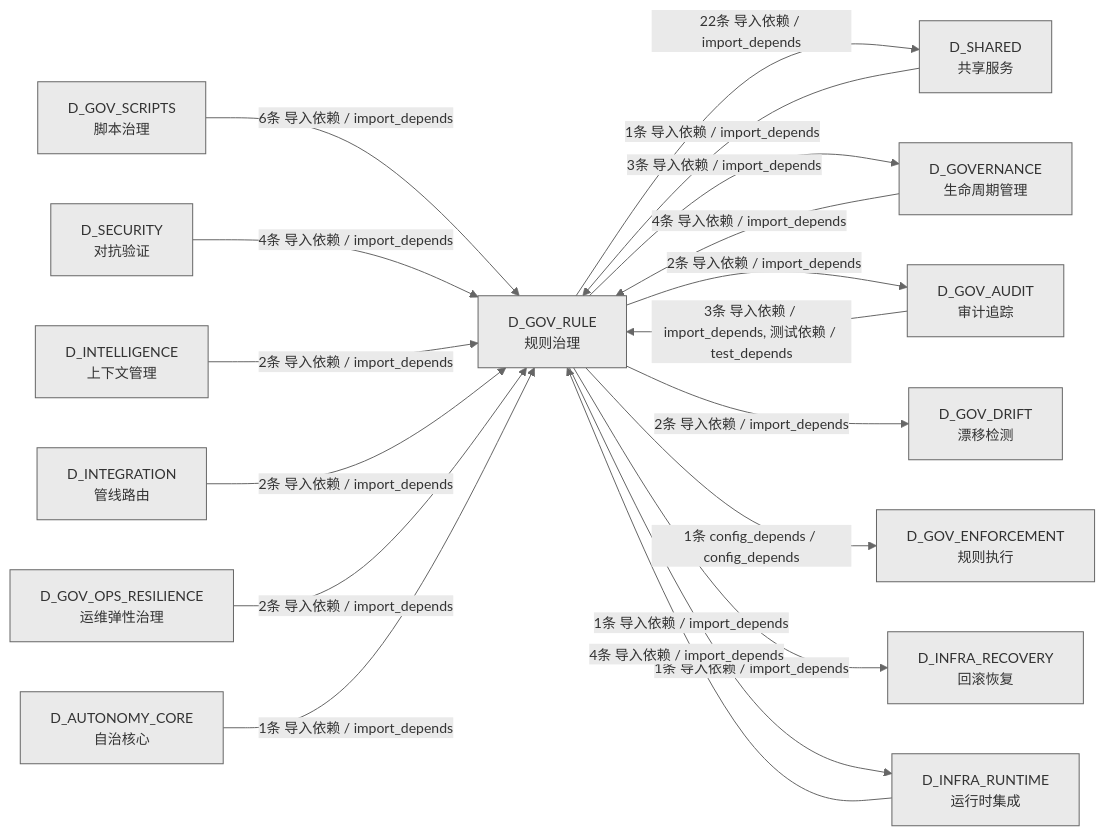
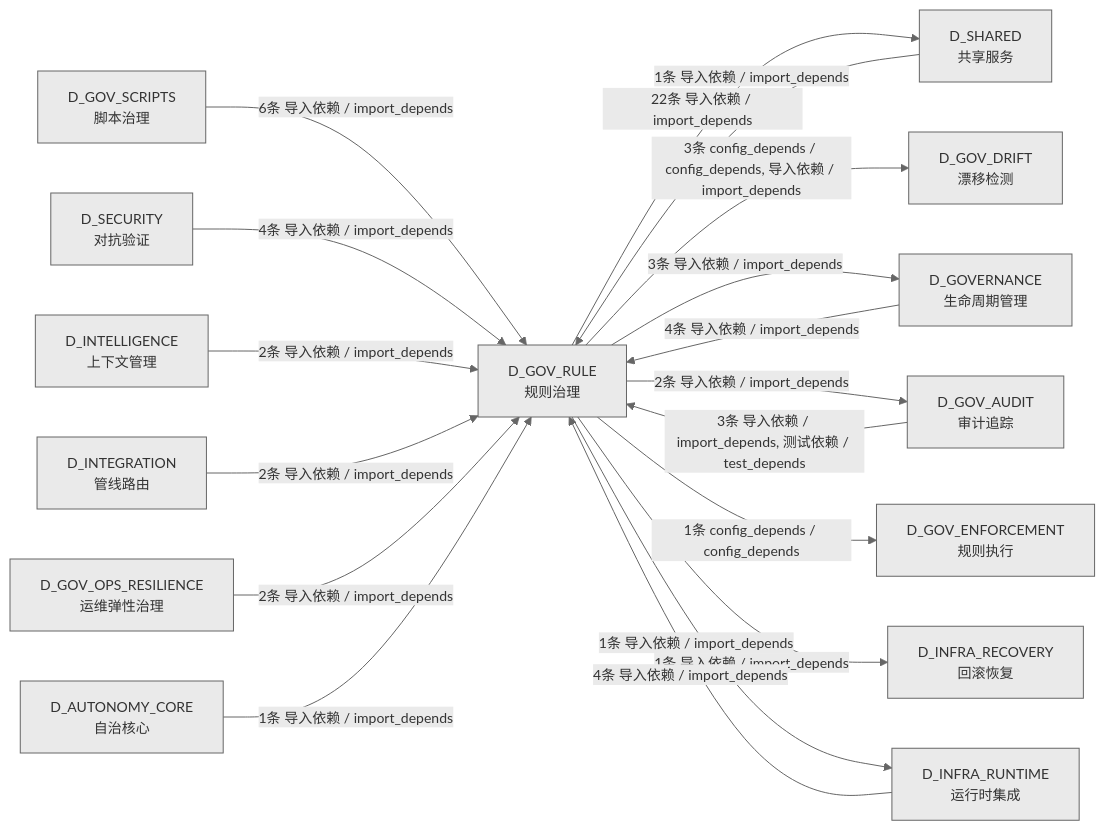
The fourth of 4 diagrams in docs/02_enterprise_architecture/02_domain_architecture_docs/55_d_gov_rule.md (xuanFelixVan/ZephyrAlpha), drawn with Mermaid before and after one commit. The commit also changed other lines of this file and 37 other files, not shown here.

````diff
--- a/docs/02_enterprise_architecture/02_domain_architecture_docs/55_d_gov_rule.md
+++ b/docs/02_enterprise_architecture/02_domain_architecture_docs/55_d_gov_rule.md
@@ -478,35 +477,35 @@
 ```mermaid
 %%{init: {'theme': 'base', 'themeVariables': {'primaryColor': '#eaeaea', 'primaryTextColor': '#333333', 'primaryBorderColor': '#666666', 'lineColor': '#666666', 'secondaryColor': '#eaeaea', 'tertiaryColor': '#eaeaea', 'fontSize': '14px'}}}%%
 graph LR
     D_GOV_RULE["D_GOV_RULE<br/>规则治理"]
     D_SHARED["D_SHARED<br/>共享服务"]
+    D_GOV_DRIFT["D_GOV_DRIFT<br/>漂移检测"]
     D_GOVERNANCE["D_GOVERNANCE<br/>生命周期管理"]
     D_GOV_AUDIT["D_GOV_AUDIT<br/>审计追踪"]
-    D_GOV_DRIFT["D_GOV_DRIFT<br/>漂移检测"]
     D_GOV_ENFORCEMENT["D_GOV_ENFORCEMENT<br/>规则执行"]
     D_INFRA_RECOVERY["D_INFRA_RECOVERY<br/>回滚恢复"]
     D_INFRA_RUNTIME["D_INFRA_RUNTIME<br/>运行时集成"]
     D_GOV_SCRIPTS["D_GOV_SCRIPTS<br/>脚本治理"]
     D_SECURITY["D_SECURITY<br/>对抗验证"]
     D_INTELLIGENCE["D_INTELLIGENCE<br/>上下文管理"]
     D_INTEGRATION["D_INTEGRATION<br/>管线路由"]
     D_GOV_OPS_RESILIENCE["D_GOV_OPS_RESILIENCE<br/>运维弹性治理"]
     D_AUTONOMY_CORE["D_AUTONOMY_CORE<br/>自治核心"]
     D_GOV_RULE -->|22条 导入依赖 / import_depends| D_SHARED
+    D_GOV_RULE -->|3条 config_depends / config_depends, 导入依赖 / import_depends| D_GOV_DRIFT
     D_GOV_RULE -->|3条 导入依赖 / import_depends| D_GOVERNANCE
     D_GOV_RULE -->|2条 导入依赖 / import_depends| D_GOV_AUDIT
-    D_GOV_RULE -->|2条 导入依赖 / import_depends| D_GOV_DRIFT
     D_GOV_RULE -->|1条 config_depends / config_depends| D_GOV_ENFORCEMENT
     D_GOV_RULE -->|1条 导入依赖 / import_depends| D_INFRA_RECOVERY
     D_GOV_RULE -->|1条 导入依赖 / import_depends| D_INFRA_RUNTIME
     D_GOV_SCRIPTS -->|6条 导入依赖 / import_depends| D_GOV_RULE
     D_GOVERNANCE -->|4条 导入依赖 / import_depends| D_GOV_RULE
     D_SECURITY -->|4条 导入依赖 / import_depends| D_GOV_RULE
     D_INFRA_RUNTIME -->|4条 导入依赖 / import_depends| D_GOV_RULE
     D_GOV_AUDIT -->|3条 导入依赖 / import_depends, 测试依赖 / test_depends| D_GOV_RULE
     D_INTELLIGENCE -->|2条 导入依赖 / import_depends| D_GOV_RULE
     D_INTEGRATION -->|2条 导入依赖 / import_depends| D_GOV_RULE
     D_GOV_OPS_RESILIENCE -->|2条 导入依赖 / import_depends| D_GOV_RULE
     D_SHARED -->|1条 导入依赖 / import_depends| D_GOV_RULE
     D_AUTONOMY_CORE -->|1条 导入依赖 / import_depends| D_GOV_RULE
 ```
````
